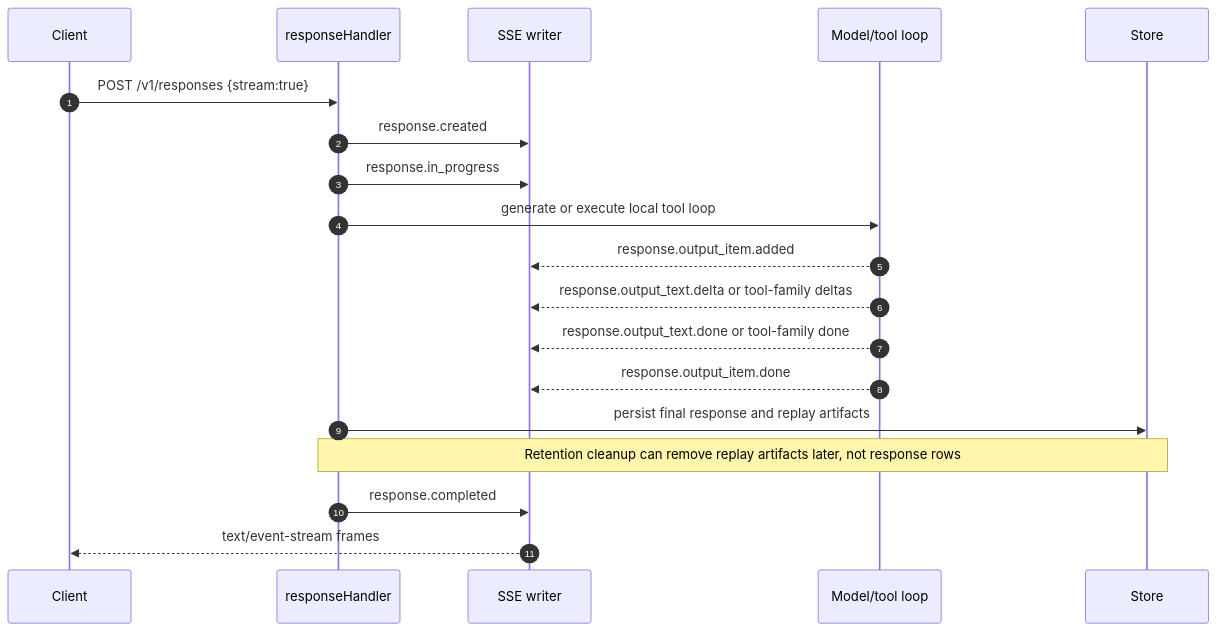
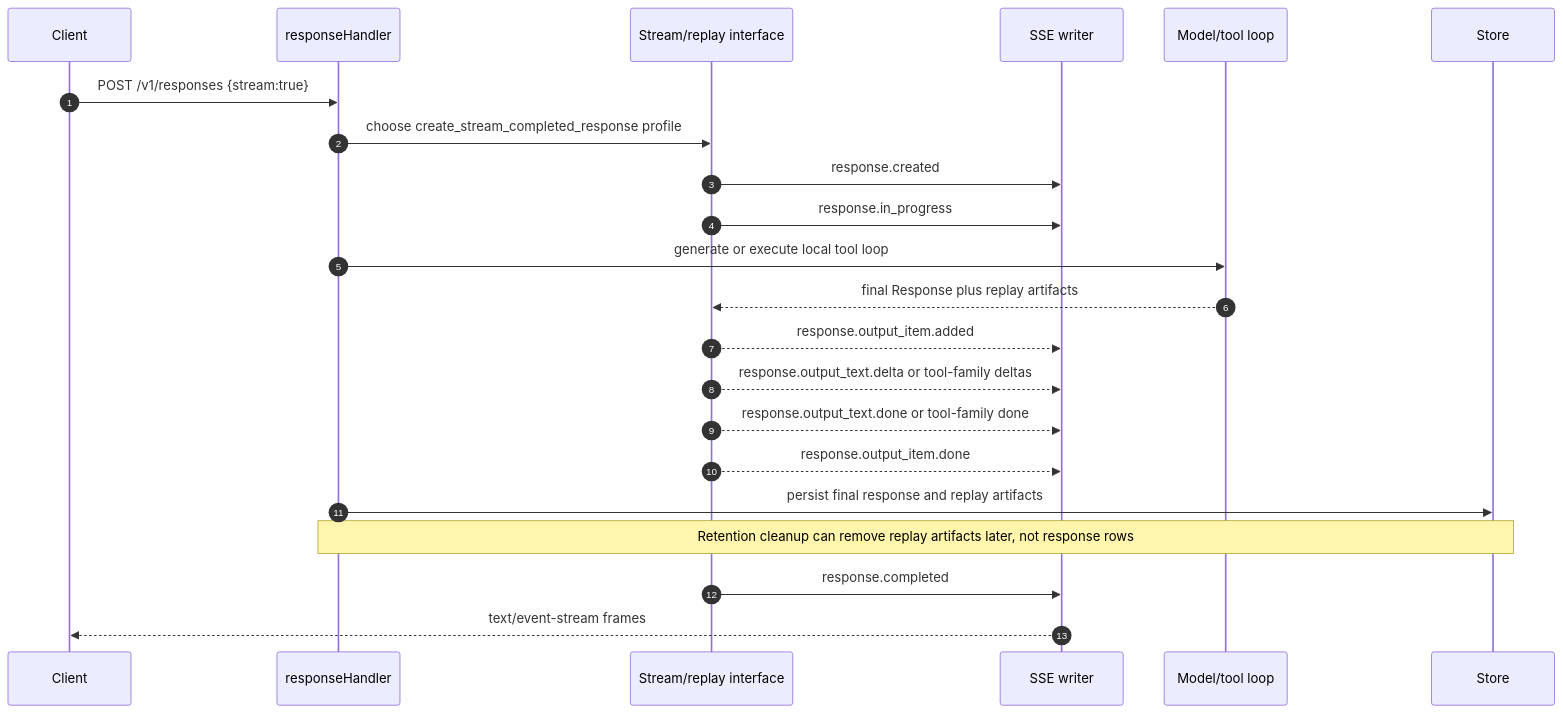
The seventh of 25 diagrams in docs/engineering/openai-api-choreography-atlas.md (avelrl/llama_shim), drawn with Mermaid before and after one commit. The commit also changed other lines of this file and 8 other files, not shown here.

Commit message:
Add V4 Stream And Replay Interface

````diff
--- a/docs/engineering/openai-api-choreography-atlas.md
+++ b/docs/engineering/openai-api-choreography-atlas.md
@@ -284,22 +284,25 @@
 ```mermaid
 sequenceDiagram
   autonumber
   participant C as Client
   participant H as responseHandler
+  participant R as Stream/replay interface
   participant S as SSE writer
   participant L as Model/tool loop
   participant DB as Store
 
   C->>H: POST /v1/responses {stream:true}
-  H->>S: response.created
-  H->>S: response.in_progress
+  H->>R: choose create_stream_completed_response profile
+  R->>S: response.created
+  R->>S: response.in_progress
   H->>L: generate or execute local tool loop
-  L-->>S: response.output_item.added
-  L-->>S: response.output_text.delta or tool-family deltas
-  L-->>S: response.output_text.done or tool-family done
-  L-->>S: response.output_item.done
+  L-->>R: final Response plus replay artifacts
+  R-->>S: response.output_item.added
+  R-->>S: response.output_text.delta or tool-family deltas
+  R-->>S: response.output_text.done or tool-family done
+  R-->>S: response.output_item.done
   H->>DB: persist final response and replay artifacts
   Note over H,DB: Retention cleanup can remove replay artifacts later, not response rows
-  H->>S: response.completed
+  R->>S: response.completed
   S-->>C: text/event-stream frames
 ```
````
